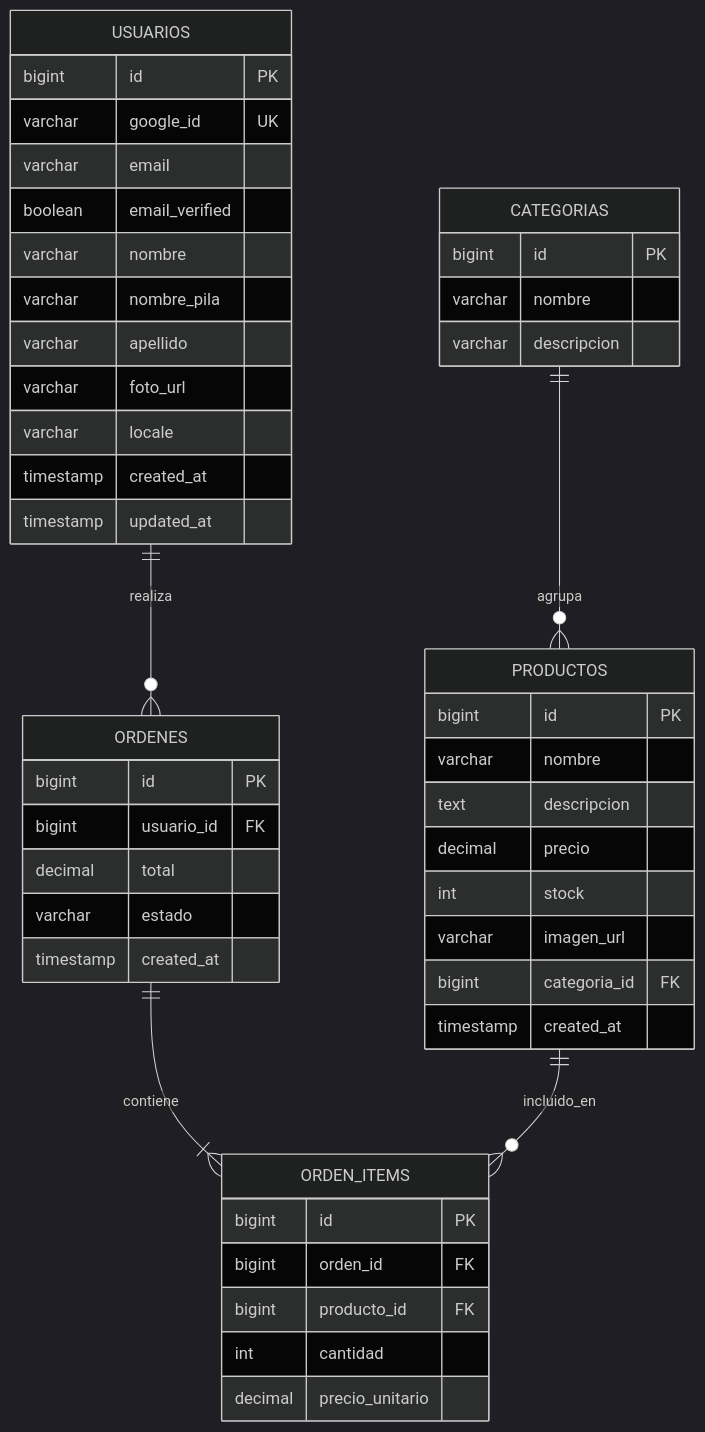
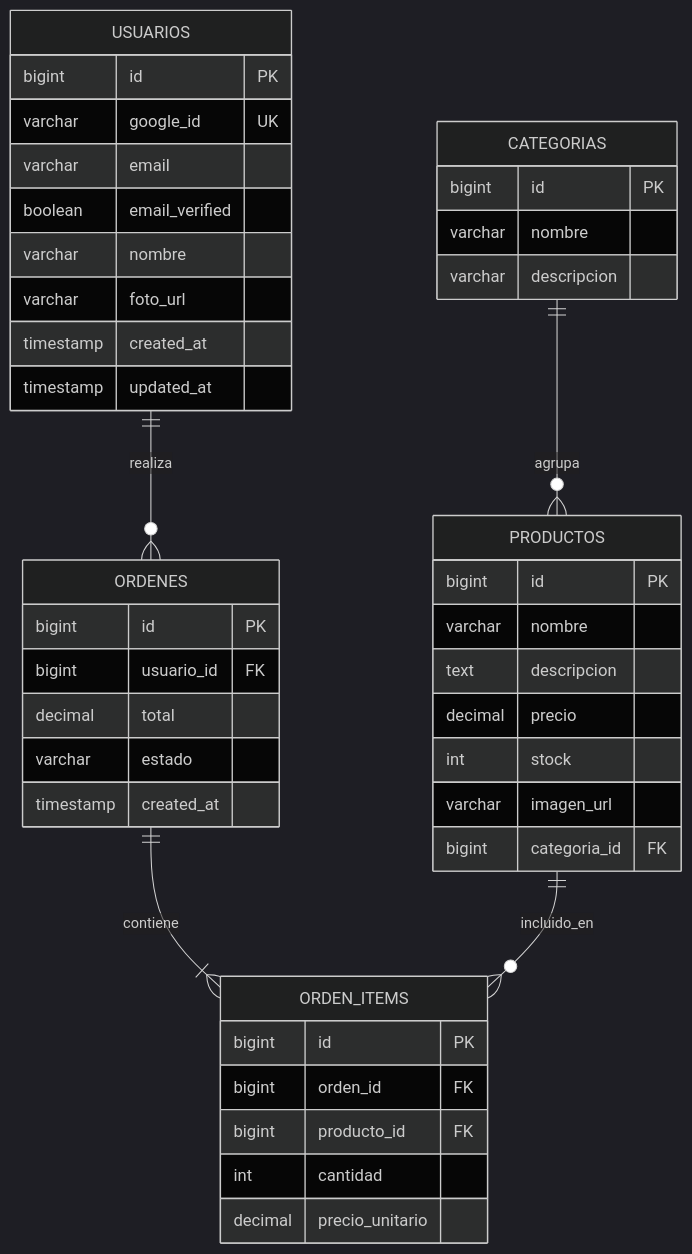
The sixth of 6 diagrams in README.md (NicolasRobledo/proyect), drawn with Mermaid (dark theme) before and after one commit. The commit also changed other lines of this file, not shown here.

First line of the commit message:
docs: update README with dev/prod profile architecture

````diff
--- a/README.md
+++ b/README.md
@@ -78,54 +290,50 @@
 ```mermaid
 erDiagram
     USUARIOS {
         bigint id PK
         varchar google_id UK
         varchar email
         boolean email_verified
         varchar nombre
-        varchar nombre_pila
-        varchar apellido
         varchar foto_url
-        varchar locale
         timestamp created_at
         timestamp updated_at
     }
 
     PRODUCTOS {
         bigint id PK
         varchar nombre
         text descripcion
         decimal precio
         int stock
         varchar imagen_url
         bigint categoria_id FK
-        timestamp created_at
     }
 
     CATEGORIAS {
         bigint id PK
         varchar nombre
         varchar descripcion
     }
 
     ORDENES {
         bigint id PK
         bigint usuario_id FK
         decimal total
         varchar estado
         timestamp created_at
     }
 
     ORDEN_ITEMS {
         bigint id PK
         bigint orden_id FK
         bigint producto_id FK
         int cantidad
         decimal precio_unitario
     }
 
     USUARIOS ||--o{ ORDENES : realiza
     ORDENES ||--|{ ORDEN_ITEMS : contiene
     PRODUCTOS ||--o{ ORDEN_ITEMS : incluido_en
     CATEGORIAS ||--o{ PRODUCTOS : agrupa
 ```
````
